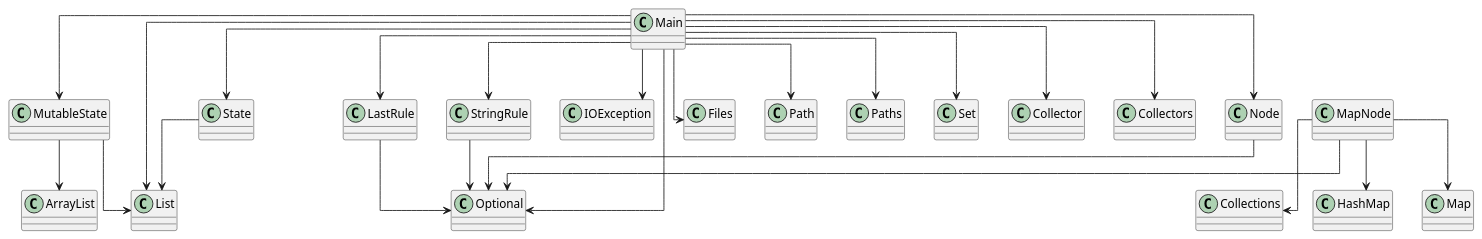
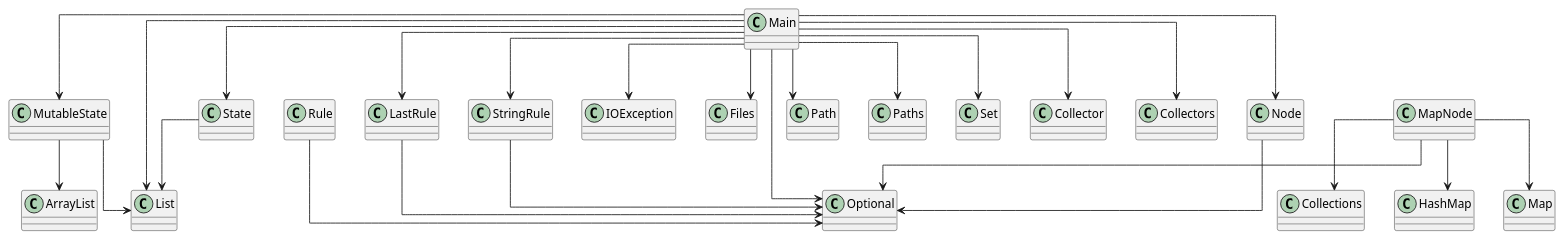
Before and after one commit to SirMathhman/Magma: the diagram in diagram.puml, drawn with PlantUML. The commit also changed 3 other files, not shown here.

```diff
--- a/diagram.puml
+++ b/diagram.puml
@@ -1,35 +1,37 @@
 @startuml
 skinparam linetype ortho
 class Node
 Node --> Optional
 class MutableState
 MutableState --> ArrayList
 MutableState --> List
+class Rule
+Rule --> Optional
 class Main
 Main --> LastRule
 Main --> MutableState
 Main --> Node
 Main --> State
 Main --> StringRule
 Main --> IOException
 Main --> Files
 Main --> Path
 Main --> Paths
 Main --> List
 Main --> Optional
 Main --> Set
 Main --> Collector
 Main --> Collectors
 class StringRule
 StringRule --> Optional
 class LastRule
 LastRule --> Optional
 class MapNode
 MapNode --> Collections
 MapNode --> HashMap
 MapNode --> Map
 MapNode --> Optional
 class State
 State --> List
 
 @enduml
```
